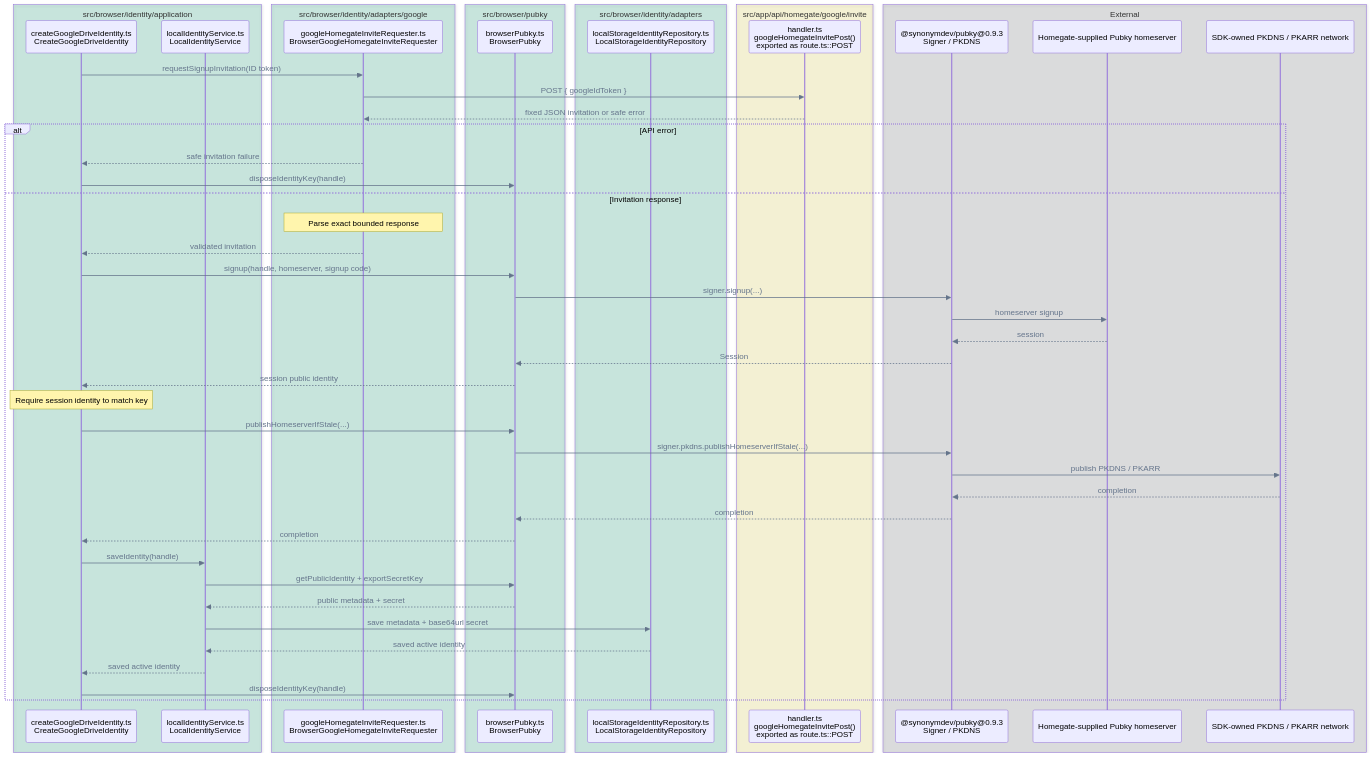
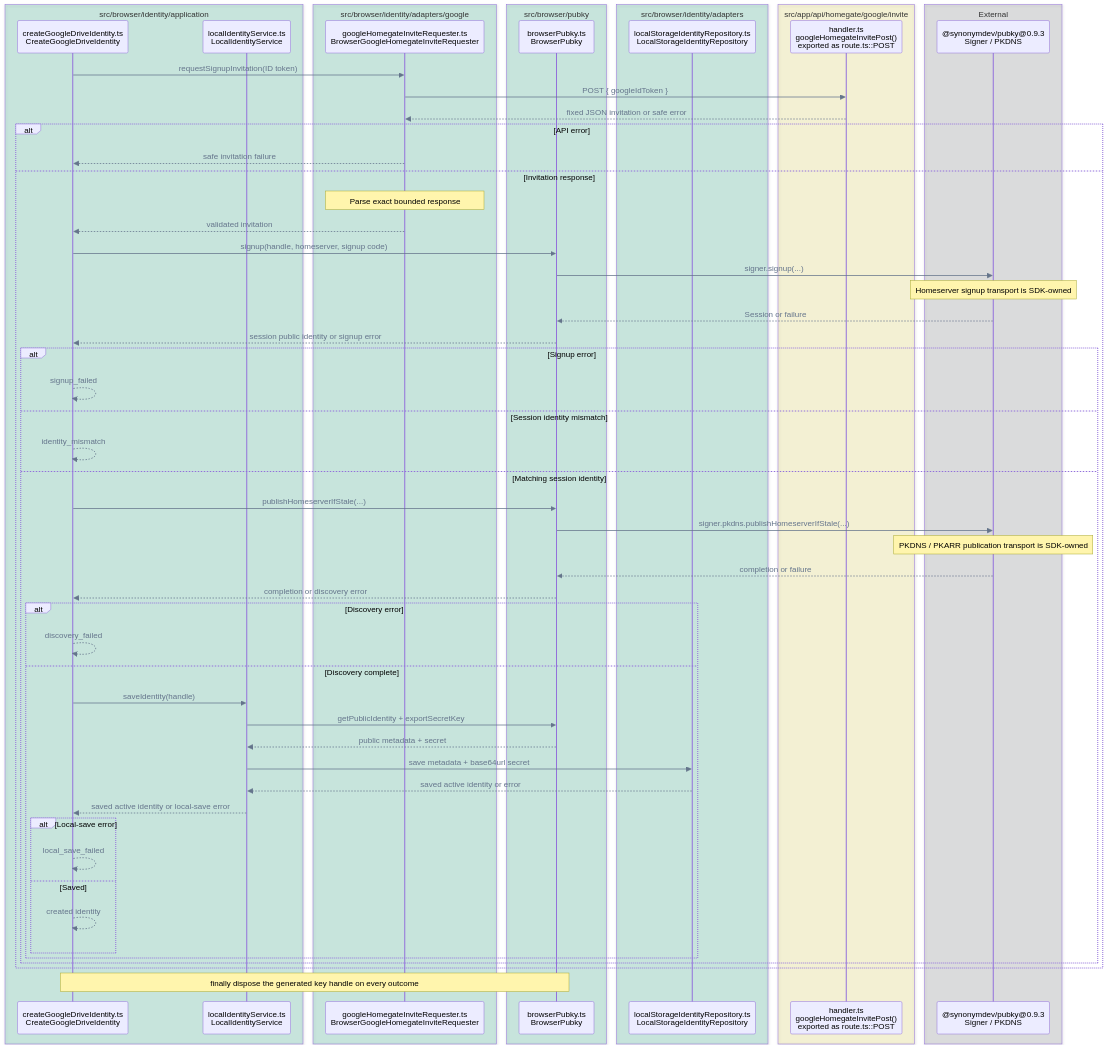
Diagram 11 of 14 in FLOWS.md (pubky/pubky-passport), drawn with Mermaid before and after one commit. The commit also changed other lines of this file, not shown here.

Commit message:
docs: align runtime flows with implementation

````diff
--- a/FLOWS.md
+++ b/FLOWS.md
@@ -532,58 +547,67 @@
 ```mermaid
 %%{init: {"themeVariables": {"signalColor": "#64748B", "signalTextColor": "#64748B"}}}%%
 sequenceDiagram
     accTitle: Missing identity activation and local save call flow
-    accDescr: CreateGoogleDriveIdentity requests and parses a Homegate invitation through the Passport API, signs up and publishes discovery through BrowserPubky and the Pubky SDK, verifies the session identity, saves public metadata and the base64url secret through LocalIdentityService and LocalStorageIdentityRepository, and disposes the key handle.
+    accDescr: CreateGoogleDriveIdentity requests and parses a Homegate invitation, then signs up, verifies, publishes discovery, and saves in order; each failure stops later stages and the generated key handle is always disposed.
     box rgba(0, 158, 115, 0.18) src/browser/identity/application
         participant Creator as createGoogleDriveIdentity.ts<br/>CreateGoogleDriveIdentity
         participant Local as localIdentityService.ts<br/>LocalIdentityService
     end
     box rgba(0, 158, 115, 0.18) src/browser/identity/adapters/google
         participant Invite as googleHomegateInviteRequester.ts<br/>BrowserGoogleHomegateInviteRequester
     end
     box rgba(0, 158, 115, 0.18) src/browser/pubky
         participant Pubky as browserPubky.ts<br/>BrowserPubky
     end
     box rgba(0, 158, 115, 0.18) src/browser/identity/adapters
         participant Repo as localStorageIdentityRepository.ts<br/>LocalStorageIdentityRepository
     end
     box rgba(240, 228, 66, 0.18) src/app/api/homegate/google/invite
         participant API as handler.ts<br/>googleHomegateInvitePost()<br/>exported as route.ts::POST
     end
     box rgba(17, 24, 39, 0.12) External
         participant SDK as @synonymdev/pubky@0.9.3<br/>Signer / PKDNS
-        participant Homeserver as Homegate-supplied Pubky homeserver
-        participant PKARR as SDK-owned PKDNS / PKARR network
     end
 
     Creator->>Invite: requestSignupInvitation(ID token)
     Invite->>API: POST { googleIdToken }
     API-->>Invite: fixed JSON invitation or safe error
     alt API error
         Invite-->>Creator: safe invitation failure
-        Creator->>Pubky: disposeIdentityKey(handle)
     else Invitation response
         Note over Invite: Parse exact bounded response
         Invite-->>Creator: validated invitation
         Creator->>Pubky: signup(handle, homeserver, signup code)
         Pubky->>SDK: signer.signup(...)
-        SDK->>Homeserver: homeserver signup
-        Homeserver-->>SDK: session
-        SDK-->>Pubky: Session
-        Pubky-->>Creator: session public identity
-        Note over Creator: Require session identity to match key
-        Creator->>Pubky: publishHomeserverIfStale(...)
-        Pubky->>SDK: signer.pkdns.publishHomeserverIfStale(...)
-        SDK->>PKARR: publish PKDNS / PKARR
-        PKARR-->>SDK: completion
-        SDK-->>Pubky: completion
-        Pubky-->>Creator: completion
-        Creator->>Local: saveIdentity(handle)
-        Local->>Pubky: getPublicIdentity + exportSecretKey
-        Pubky-->>Local: public metadata + secret
-        Local->>Repo: save metadata + base64url secret
-        Repo-->>Local: saved active identity
-        Local-->>Creator: saved active identity
-        Creator->>Pubky: disposeIdentityKey(handle)
+        Note over SDK: Homeserver signup transport is SDK-owned
+        SDK-->>Pubky: Session or failure
+        Pubky-->>Creator: session public identity or signup error
+        alt Signup error
+            Creator-->>Creator: signup_failed
+        else Session identity mismatch
+            Creator-->>Creator: identity_mismatch
+        else Matching session identity
+            Creator->>Pubky: publishHomeserverIfStale(...)
+            Pubky->>SDK: signer.pkdns.publishHomeserverIfStale(...)
+            Note over SDK: PKDNS / PKARR publication transport is SDK-owned
+            SDK-->>Pubky: completion or failure
+            Pubky-->>Creator: completion or discovery error
+            alt Discovery error
+                Creator-->>Creator: discovery_failed
+            else Discovery complete
+                Creator->>Local: saveIdentity(handle)
+                Local->>Pubky: getPublicIdentity + exportSecretKey
+                Pubky-->>Local: public metadata + secret
+                Local->>Repo: save metadata + base64url secret
+                Repo-->>Local: saved active identity or error
+                Local-->>Creator: saved active identity or local-save error
+                alt Local-save error
+                    Creator-->>Creator: local_save_failed
+                else Saved
+                    Creator-->>Creator: created identity
+                end
+            end
+        end
     end
+    Note over Creator,Pubky: finally dispose the generated key handle on every outcome
 ```
````
